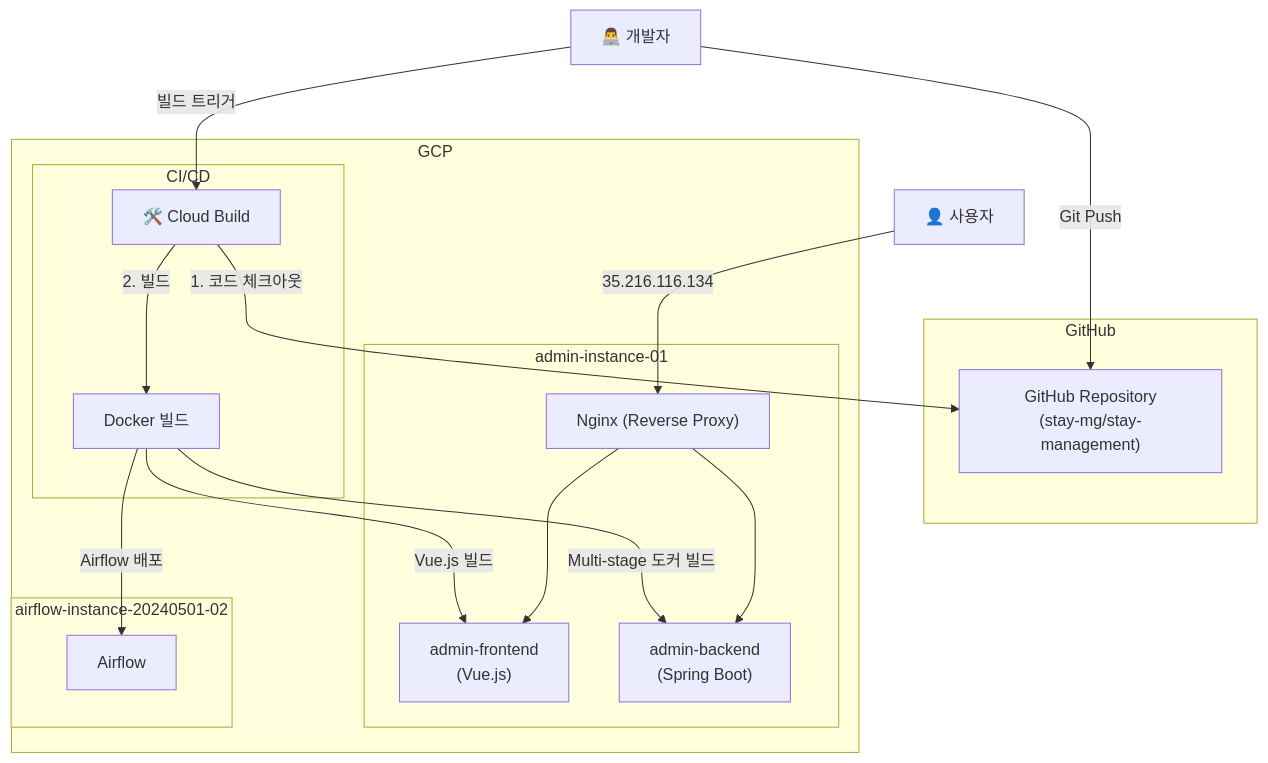
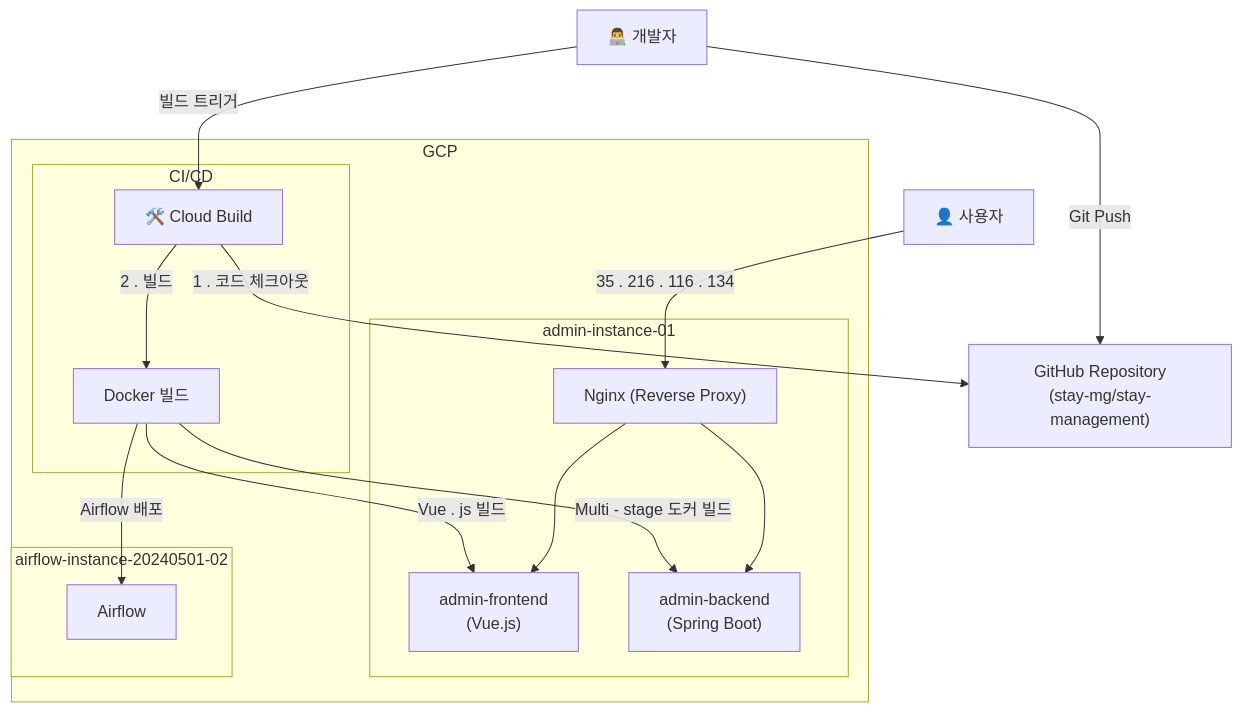
One commit to haero77/Today-I-Learned changed the fourth of 5 diagrams in CI_CD/아키텍처 구상/API 서버 분리.md. Above: the diagram before and after it, drawn with Mermaid. The commit also changed other lines of this file, not shown here.

Commit message:
[cicd] update AS-IS Infra CI/CD Flow

````diff
--- a/CI_CD/아키텍처 구상/API 서버 분리.md
+++ b/CI_CD/아키텍처 구상/API 서버 분리.md
@@ -18,41 +163,36 @@
 ```mermaid
 flowchart TD
     dev["👨‍💻 개발자"]
     user["👤 사용자"]
 
-    subgraph "GitHub"
-        github["GitHub Repository<br>(stay-mg/stay-management)"]
-    end
+    github["GitHub Repository<br>(stay-mg/stay-management)"]
 
     subgraph "GCP"
         subgraph "CI/CD"
             cb["🛠️ Cloud Build"]
             docker["Docker 빌드"]
         end
 
         subgraph "admin-instance-01"
             nginx["Nginx (Reverse Proxy)"]
             af["admin-frontend<br>(Vue.js)"]
             ab["admin-backend<br>(Spring Boot)"]
         end
 
         subgraph "airflow-instance-20240501-02"
             airflow["Airflow"]
         end
     end
 
-
-    dev --> |Git Push| github
-    dev --> |빌드 트리거| cb
-    
-    %% CI CD
-    cb --> |1. 코드 체크아웃| github
-    cb --> |2. 빌드| docker
-    docker --> |Multi-stage 도커 빌드| ab
-    docker --> |Vue.js 빌드| af
-    docker --> |Airflow 배포| airflow
-
-    user --> |35.216.116.134| nginx
+    dev -->|Git Push| github
+    dev -->|빌드 트리거| cb
+%% CI CD
+    cb -->|1 . 코드 체크아웃| github
+    cb -->|2 . 빌드| docker
+    docker -->|Multi - stage 도커 빌드| ab
+    docker -->|Vue . js 빌드| af
+    docker -->|Airflow 배포| airflow
+    user -->|35 . 216 . 116 . 134| nginx
     nginx --> af
     nginx --> ab
 ```
````
